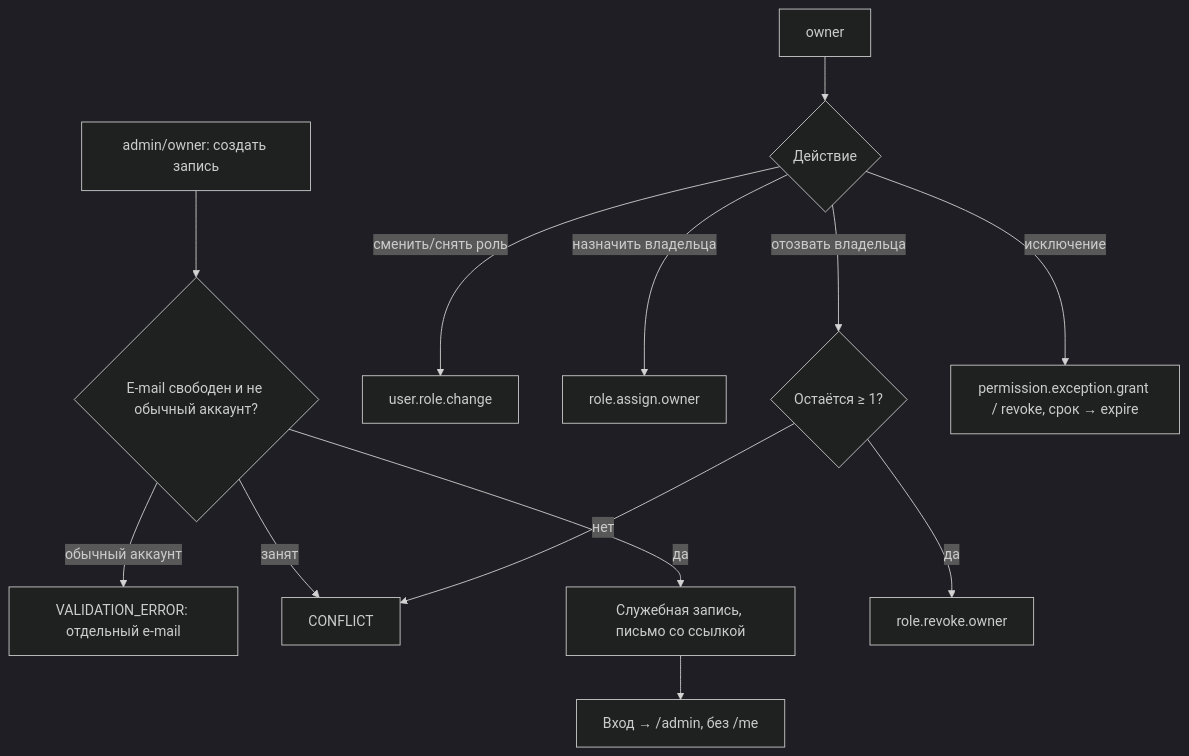
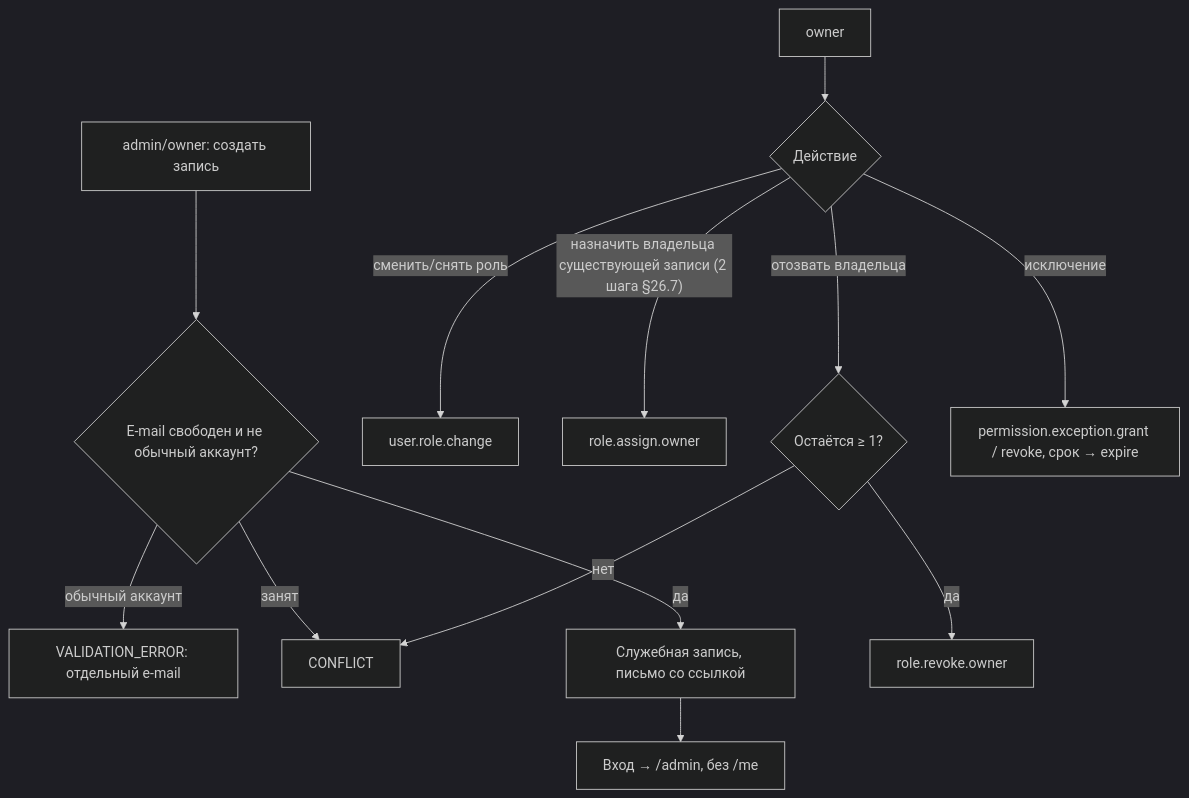
One commit to Egoka/Altera changed the diagram in docs/spec/10-flows/appoint-admin.md. Above: the diagram before and after it, drawn with Mermaid (dark theme). The commit also changed other lines of this file and 34 other files, not shown here.

````diff
--- a/docs/spec/10-flows/appoint-admin.md
+++ b/docs/spec/10-flows/appoint-admin.md
@@ -73,15 +73,15 @@
 ```mermaid
 flowchart TD
   A[admin/owner: создать запись] --> B{E-mail свободен и не обычный аккаунт?}
   B -- обычный аккаунт --> X[VALIDATION_ERROR: отдельный e-mail]
   B -- занят --> Y[CONFLICT]
   B -- да --> C[Служебная запись, письмо со ссылкой]
   C --> D[Вход → /admin, без /me]
   O[owner] --> E{Действие}
   E -- сменить/снять роль --> F[user.role.change]
-  E -- назначить владельца --> G[role.assign.owner]
+  E -- назначить владельца существующей записи (2 шага §26.7) --> G[role.assign.owner]
   E -- отозвать владельца --> H{Остаётся ≥ 1?}
   H -- нет --> Y
   H -- да --> I[role.revoke.owner]
   E -- исключение --> J[permission.exception.grant / revoke, срок → expire]
 ```
````
